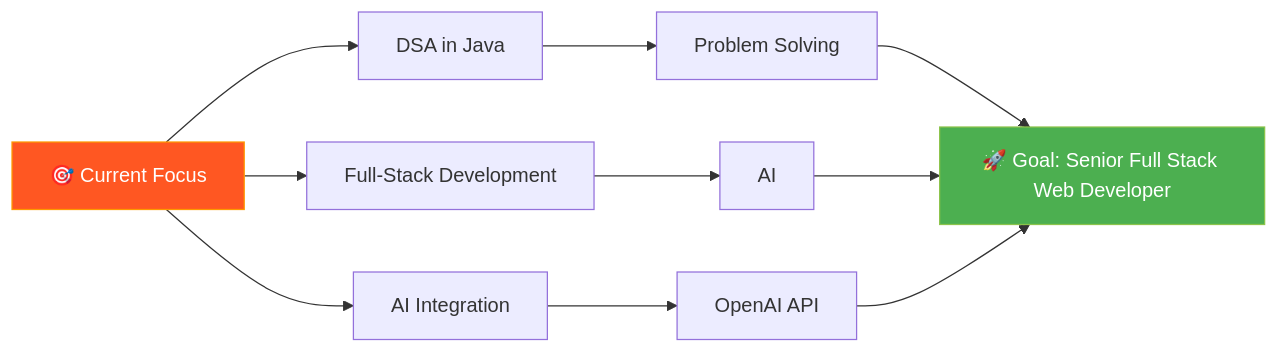
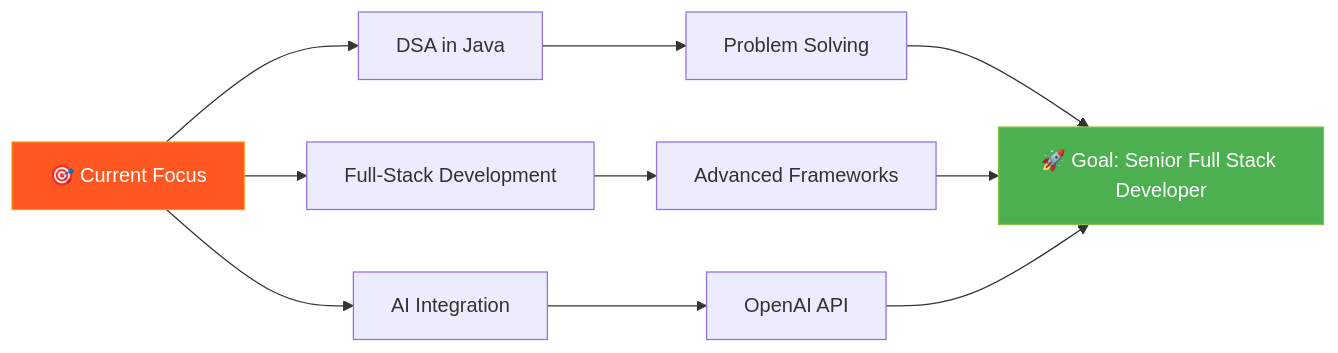
The diagram in README.md (yaxxhsri7444/yaxxhsri7444), drawn with Mermaid before and after one commit. The commit also changed other lines of this file, not shown here.

````diff
--- a/README.md
+++ b/README.md
@@ -255,17 +255,17 @@
 ```mermaid
 graph LR
     A[🎯 Current Focus] --> B[DSA in Java]
     A --> C[Full-Stack Development]
     A --> D[AI Integration]
     
     B --> E[Problem Solving]
-    C --> F[AI]
+    C --> F[Advanced Frameworks]
     D --> G[OpenAI API]
     
-    E --> H[🚀 Goal: Senior Full Stack Web Developer]
+    E --> H[🚀 Goal: Senior Full Stack Developer]
     F --> H
     G --> H
     
     style A fill:#FF5722,stroke:#FF9800,color:#fff
     style H fill:#4CAF50,stroke:#8BC34A,color:#fff
 ```
````
